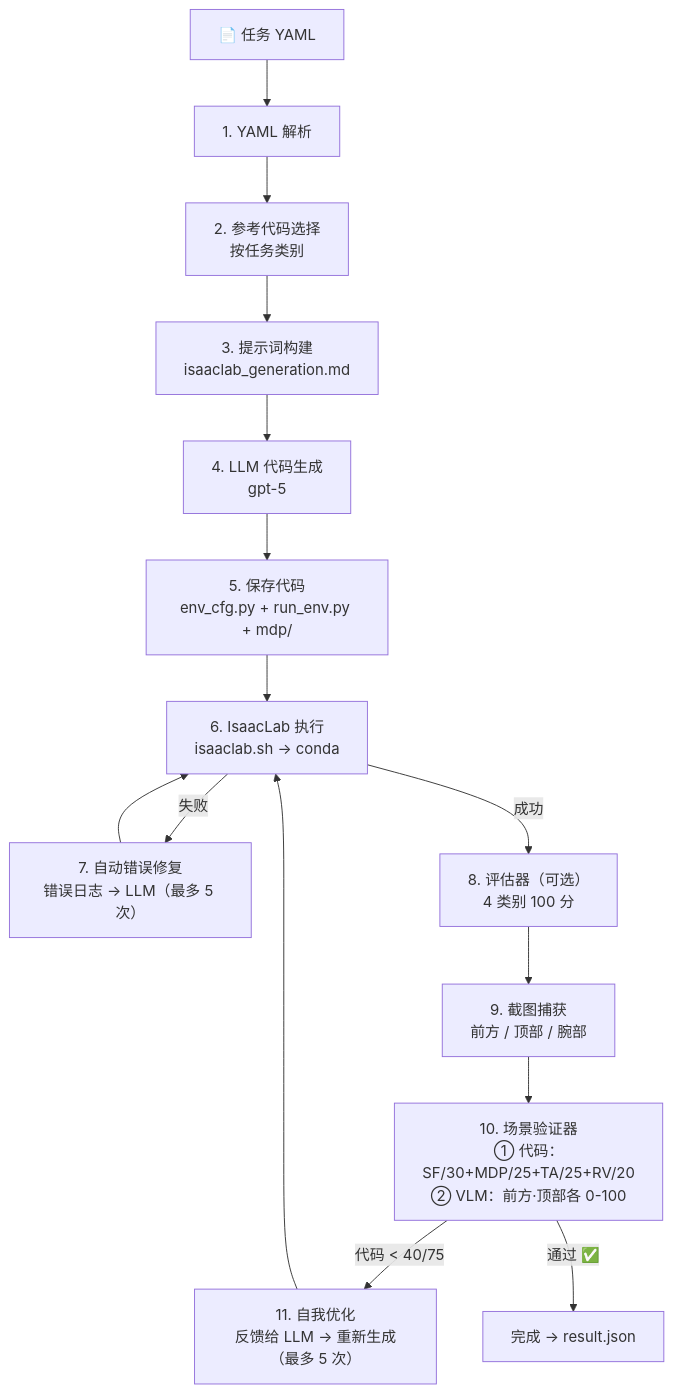
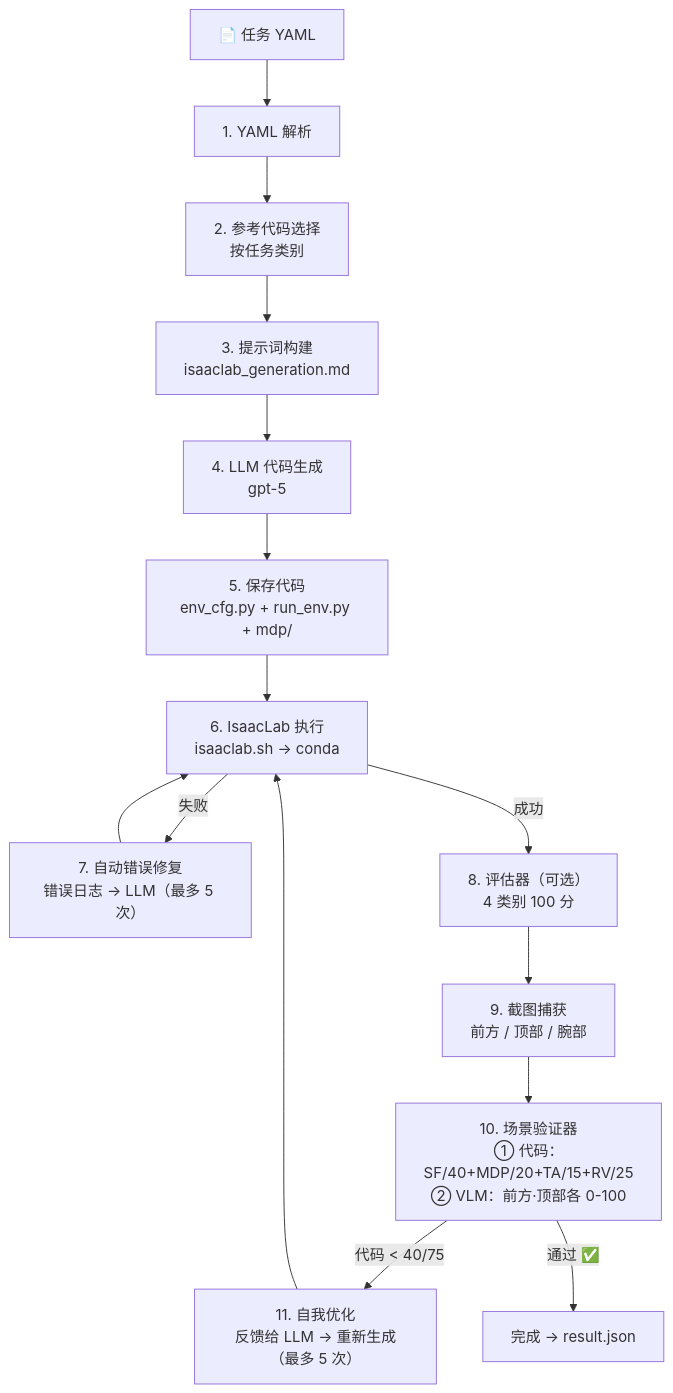
Before and after one commit to SKKU-PRISM/Simulation-Generation-Agent: the third of 3 diagrams in docs/zh/architecture.md, drawn with Mermaid. The commit also changed 7 other files, not shown here.

````diff
--- a/docs/zh/architecture.md
+++ b/docs/zh/architecture.md
@@ -79,20 +79,20 @@
 ```mermaid
 flowchart TD
     YAML["📄 任务 YAML"] --> PARSE["1. YAML 解析"]
     PARSE --> REF["2. 参考代码选择\n按任务类别"]
     REF --> PROMPT["3. 提示词构建\nisaaclab_generation.md"]
     PROMPT --> GEN["4. LLM 代码生成\ngpt-5"]
     GEN --> WRITE["5. 保存代码\nenv_cfg.py + run_env.py + mdp/"]
     WRITE --> EXEC["6. IsaacLab 执行\nisaaclab.sh → conda"]
 
     EXEC -- "失败" --> FIX["7. 自动错误修复\n错误日志 → LLM（最多 5 次）"]
     FIX --> EXEC
 
     EXEC -- "成功" --> EVAL["8. 评估器（可选）\n4 类别 100 分"]
     EVAL --> CAP["9. 截图捕获\n前方 / 顶部 / 腕部"]
-    CAP --> VER["10. 场景验证器\n① 代码：SF/30+MDP/25+TA/25+RV/20\n② VLM：前方·顶部各 0-100"]
+    CAP --> VER["10. 场景验证器\n① 代码：SF/40+MDP/20+TA/15+RV/25\n② VLM：前方·顶部各 0-100"]
 
     VER -- "代码 < 40/75" --> REFINE["11. 自我优化\n反馈给 LLM → 重新生成（最多 5 次）"]
     REFINE --> EXEC
     VER -- "通过 ✅" --> DONE["完成 → result.json"]
 ```
````
